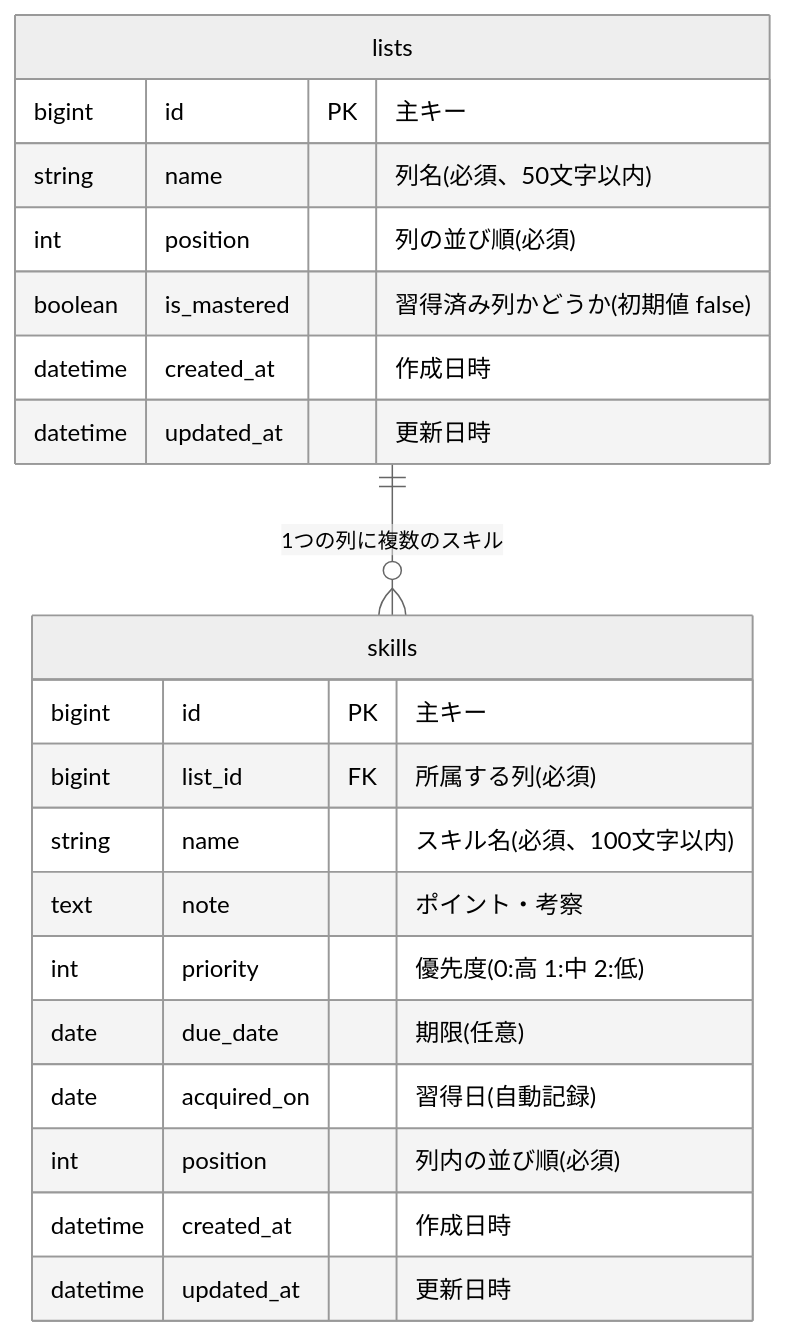
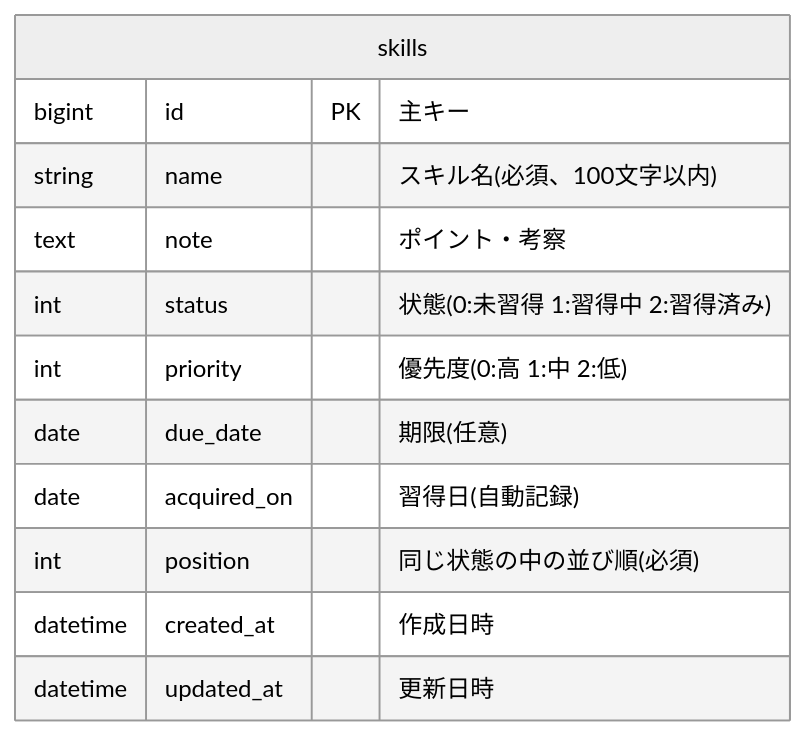
Before and after one commit to takeuchikoutagg/skill-map: the first of 2 diagrams in docs/05-ER図.md, drawn with Mermaid (neutral theme). The commit also changed other lines of this file and 6 other files, not shown here.

````diff
--- a/docs/05-ER図.md
+++ b/docs/05-ER図.md
@@ -12,26 +13,15 @@
 ```mermaid
 erDiagram
-    lists ||--o{ skills : "1つの列に複数のスキル"
-
-    lists {
-        bigint id PK "主キー"
-        string name "列名(必須、50文字以内)"
-        int position "列の並び順(必須)"
-        boolean is_mastered "習得済み列かどうか(初期値 false)"
-        datetime created_at "作成日時"
-        datetime updated_at "更新日時"
-    }
-
     skills {
         bigint id PK "主キー"
-        bigint list_id FK "所属する列(必須)"
         string name "スキル名(必須、100文字以内)"
         text note "ポイント・考察"
+        int status "状態(0:未習得 1:習得中 2:習得済み)"
         int priority "優先度(0:高 1:中 2:低)"
         date due_date "期限(任意)"
         date acquired_on "習得日(自動記録)"
-        int position "列内の並び順(必須)"
+        int position "同じ状態の中の並び順(必須)"
         datetime created_at "作成日時"
         datetime updated_at "更新日時"
     }
 ```
````
